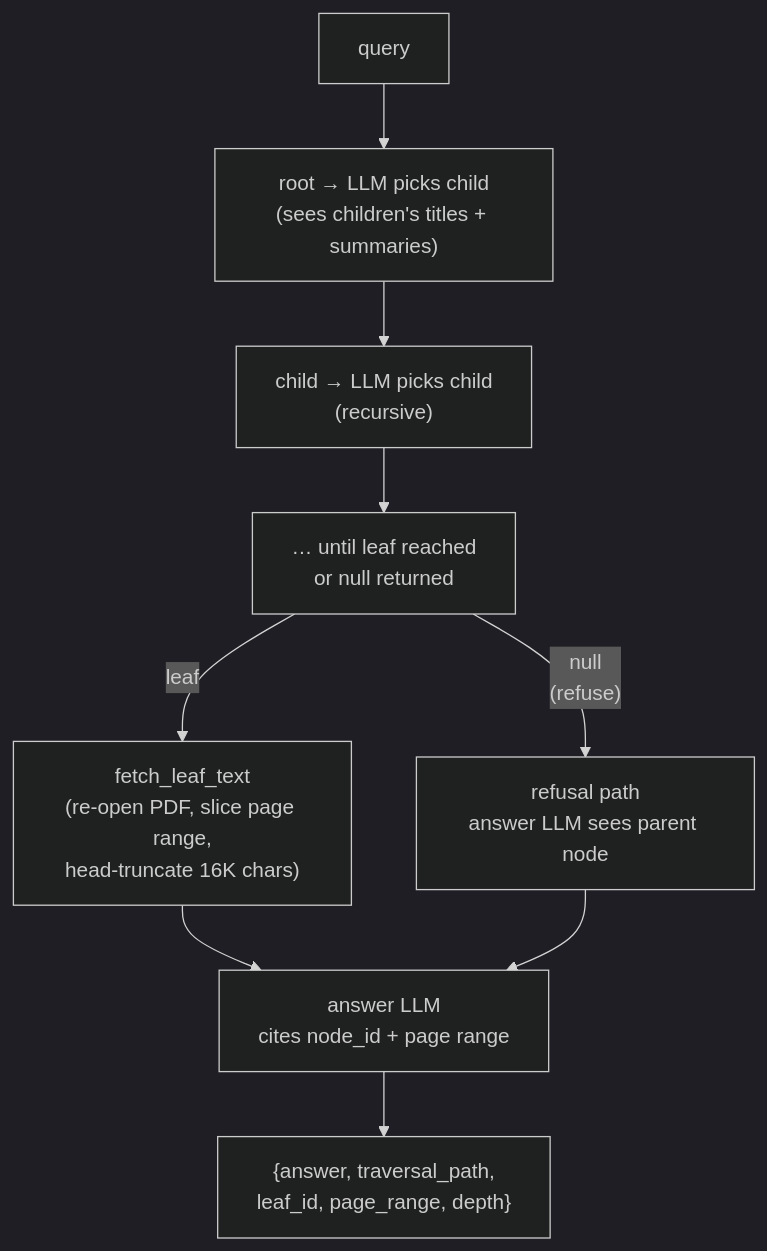
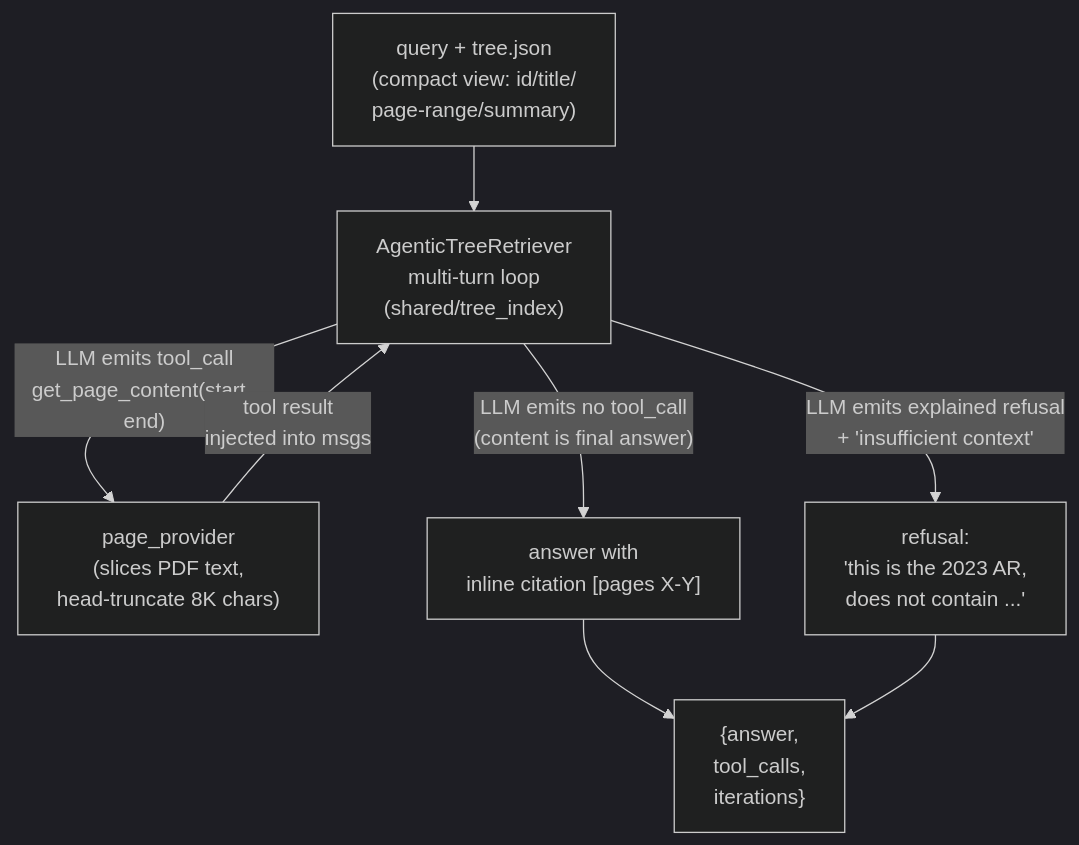
Before and after one commit to shaneliuyx/agent-development-curriculum: the fourth of 6 diagrams in Week 2.7 - Structure-Aware RAG.md, drawn with Mermaid (dark theme). The commit also changed other lines of this file, not shown here.

````diff
--- a/Week 2.7 - Structure-Aware RAG.md
+++ b/Week 2.7 - Structure-Aware RAG.md
@@ -596,11 +596,10 @@
 ```mermaid
 flowchart TD
-  Q["query"] --> N1["root → LLM picks child<br/>(sees children's titles + summaries)"]
-  N1 --> N2["child → LLM picks child<br/>(recursive)"]
-  N2 --> N3["… until leaf reached<br/>or null returned"]
-  N3 -->|leaf| Fetch["fetch_leaf_text<br/>(re-open PDF, slice page range,<br/>head-truncate 16K chars)"]
-  N3 -->|"null<br/>(refuse)"| Refuse["refusal path<br/>answer LLM sees parent node"]
-  Fetch --> Ans["answer LLM<br/>cites node_id + page range"]
-  Refuse --> Ans
-  Ans --> Out["{answer, traversal_path,<br/>leaf_id, page_range, depth}"]
+  Q["query + tree.json<br/>(compact view: id/title/<br/>page-range/summary)"] --> Loop["AgenticTreeRetriever<br/>multi-turn loop<br/>(shared/tree_index)"]
+  Loop -->|"LLM emits tool_call<br/>get_page_content(start, end)"| Fetch["page_provider<br/>(slices PDF text,<br/>head-truncate 8K chars)"]
+  Fetch -->|"tool result<br/>injected into msgs"| Loop
+  Loop -->|"LLM emits no tool_call<br/>(content is final answer)"| Ans["answer with<br/>inline citation [pages X-Y]"]
+  Loop -->|"LLM emits explained refusal<br/>+ 'insufficient context'"| Refuse["refusal:<br/>'this is the 2023 AR,<br/>does not contain ...'"]
+  Ans --> Out["{answer,<br/>tool_calls,<br/>iterations}"]
+  Refuse --> Out
 ```
````
